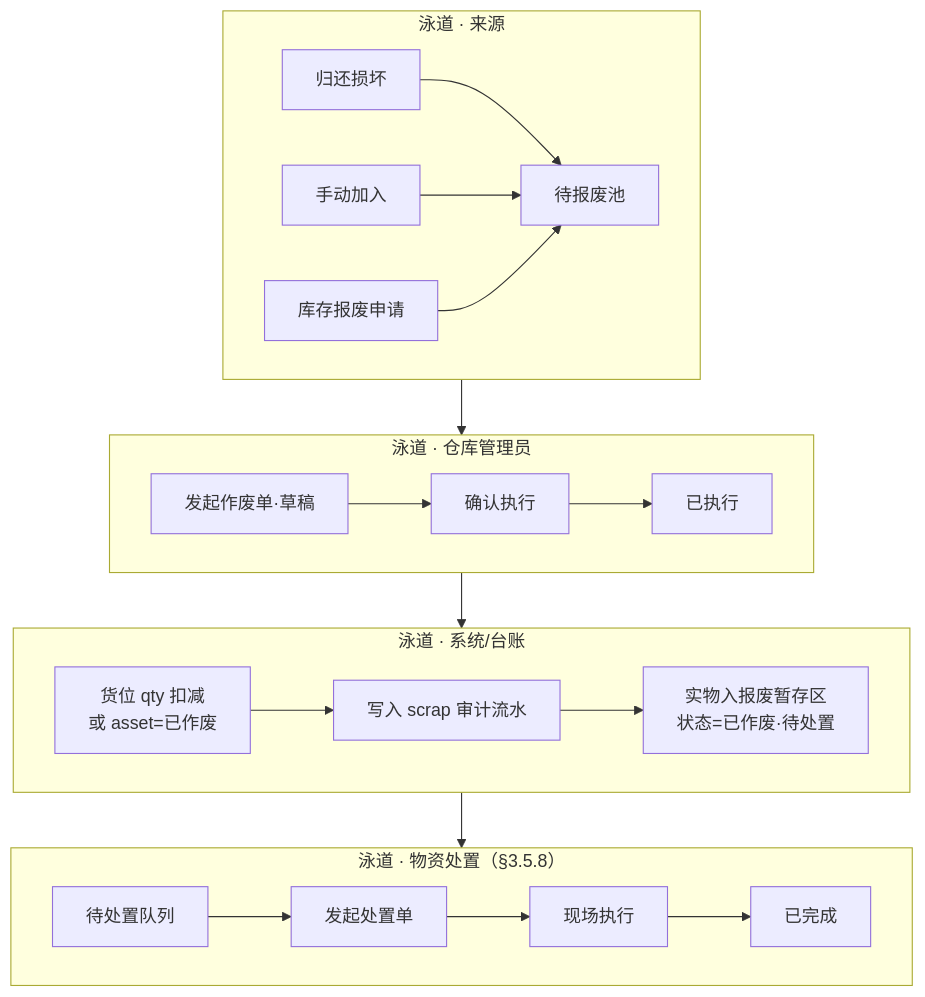
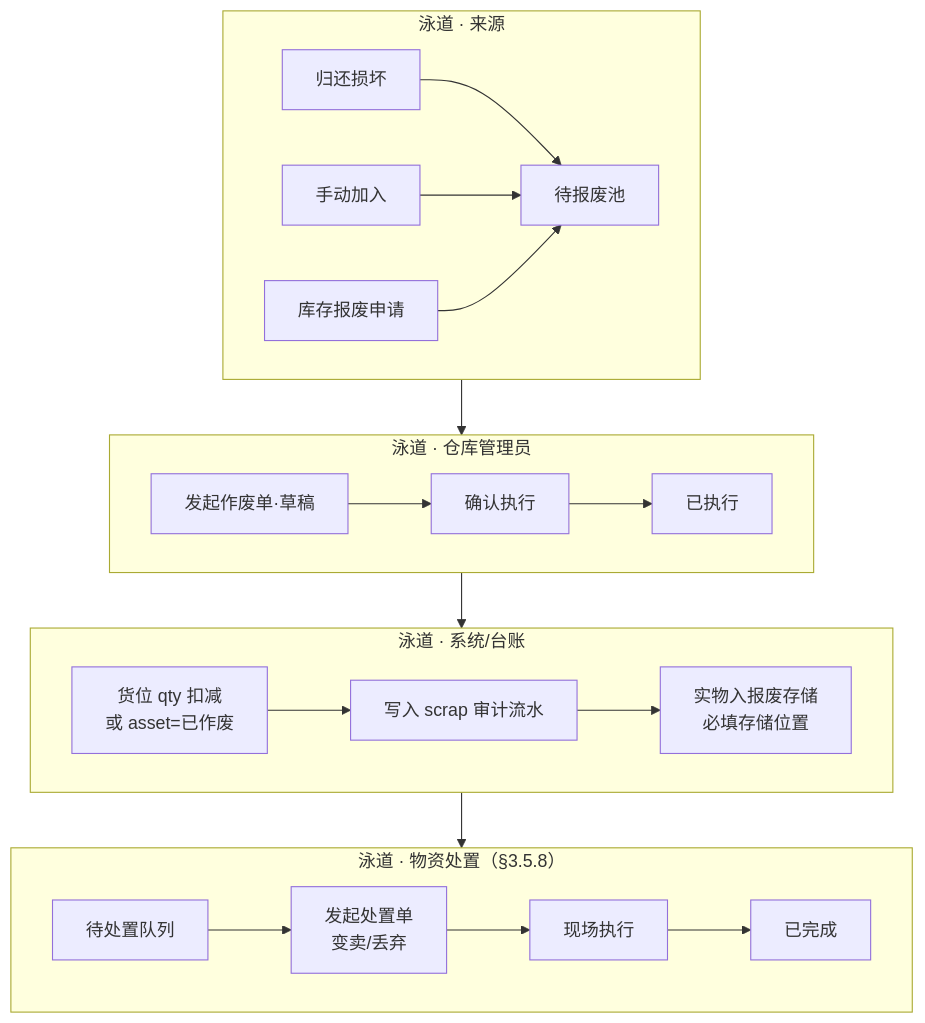
Diagram 17 of 34 in prototype/docs/prd.md (liaoliao66/wms), drawn with Mermaid before and after one commit. The commit also changed other lines of this file and 36 other files, not shown here.

````diff
--- a/prototype/docs/prd.md
+++ b/prototype/docs/prd.md
@@ -1338,29 +1351,29 @@
 ```mermaid
 flowchart TB
     subgraph src["泳道 · 来源"]
         direction LR
         S1["归还损坏"] --> S4["待报废池"]
         S2["手动加入"] --> S4
         S3["库存报废申请"] --> S4
     end
 
     subgraph scrap["泳道 · 仓库管理员"]
         direction LR
         SC1["发起作废单·草稿"] --> SC2["确认执行"] --> SC3["已执行"]
     end
 
     subgraph ledger["泳道 · 系统/台账"]
         direction LR
         L1["货位 qty 扣减<br/>或 asset=已作废"] --> L2["写入 scrap 审计流水"]
-        L2 --> L3["实物入报废暂存区<br/>状态=已作废·待处置"]
+        L2 --> L3["实物入报废存储<br/>必填存储位置"]
     end
 
     subgraph disposal["泳道 · 物资处置（§3.5.8）"]
         direction LR
-        D1["待处置队列"] --> D2["发起处置单"] --> D3["现场执行"] --> D4["已完成"]
+        D1["待处置队列"] --> D2["发起处置单<br/>变卖/丢弃"] --> D3["现场执行"] --> D4["已完成"]
     end
 
     S4 --> SC1
     SC3 --> L1
     L3 --> D1
 ```
````
